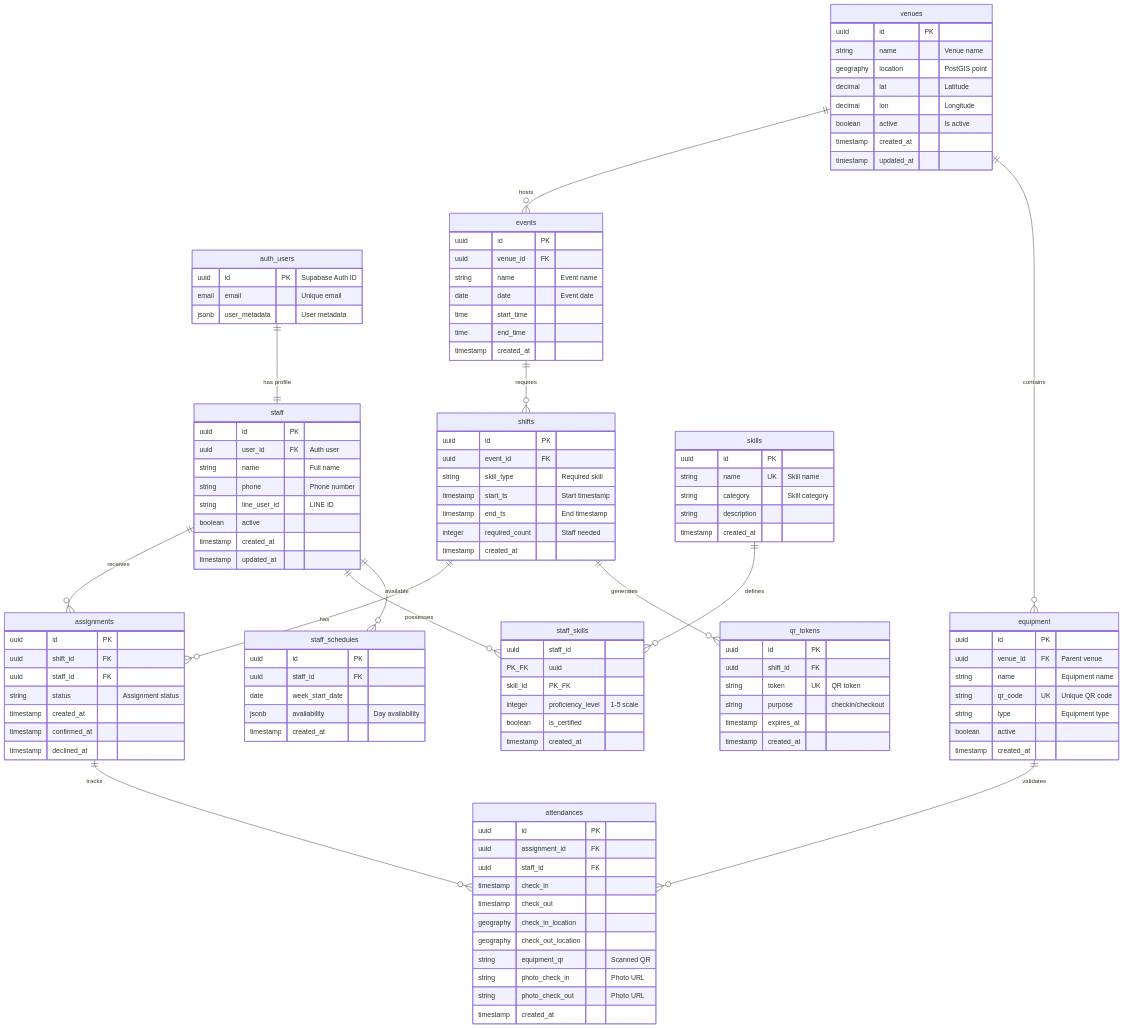
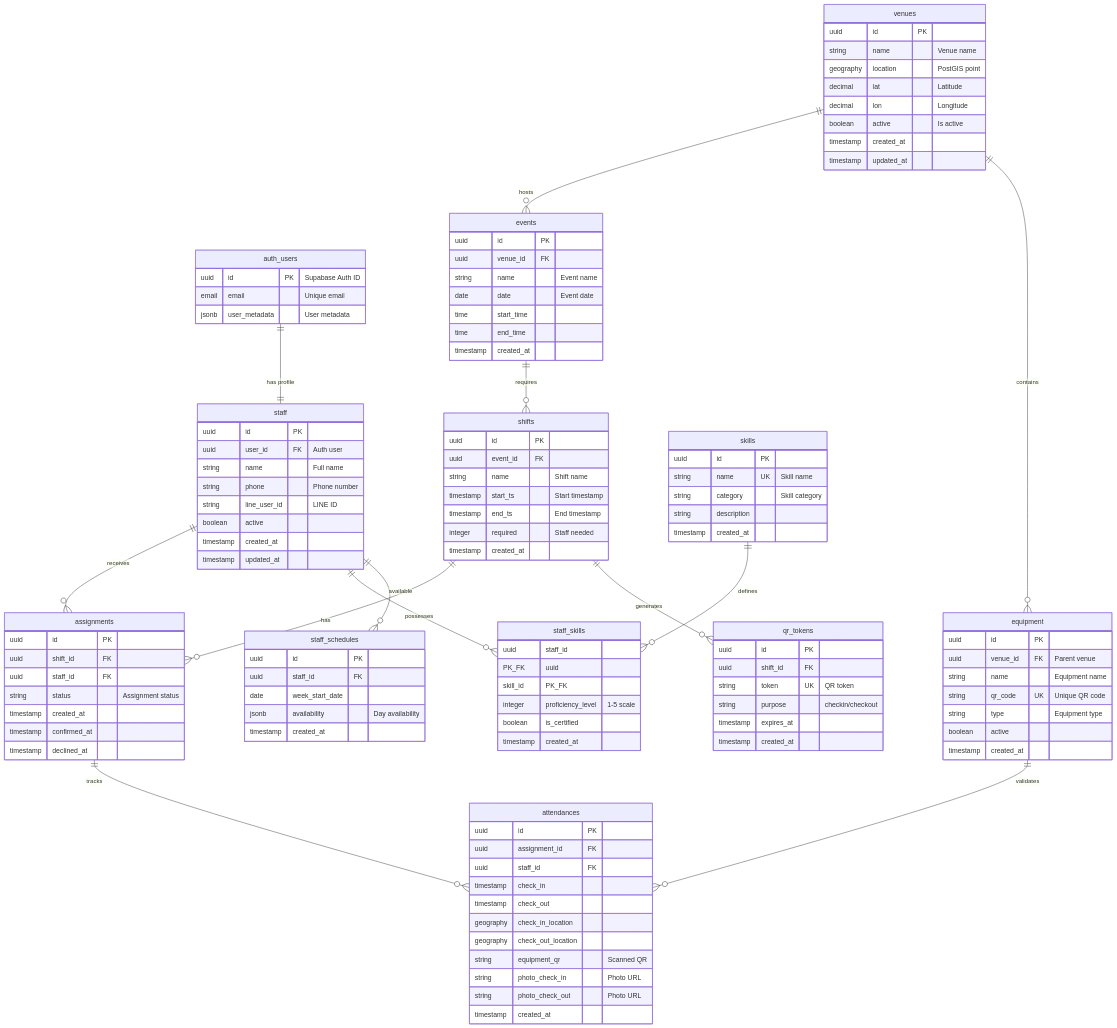
The diagram in docs/DATABASE_SCHEMA.md (kimny1143/hkt-assign-attendance-template), drawn with Mermaid before and after one commit. The commit also changed other lines of this file and 44 other files, not shown here.

```diff
--- a/docs/DATABASE_SCHEMA.md
+++ b/docs/DATABASE_SCHEMA.md
@@ -89,10 +89,10 @@
     shifts {
         uuid id PK
         uuid event_id FK
-        string skill_type "Required skill"
+        string name "Shift name"
         timestamp start_ts "Start timestamp"
         timestamp end_ts "End timestamp"
-        integer required_count "Staff needed"
+        integer required "Staff needed"
         timestamp created_at
     }
 
```
